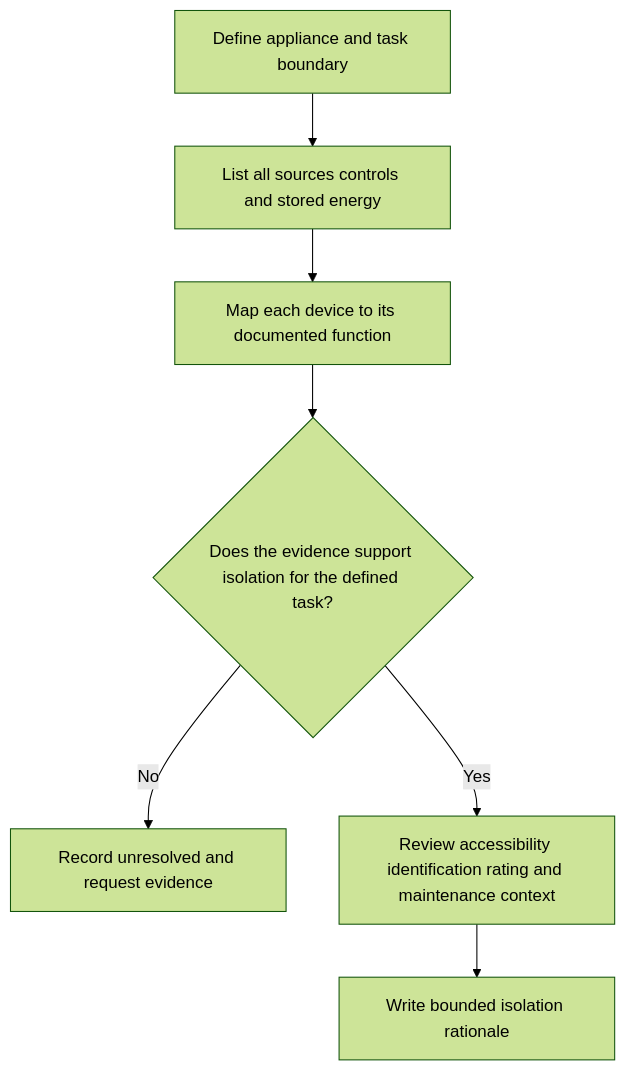
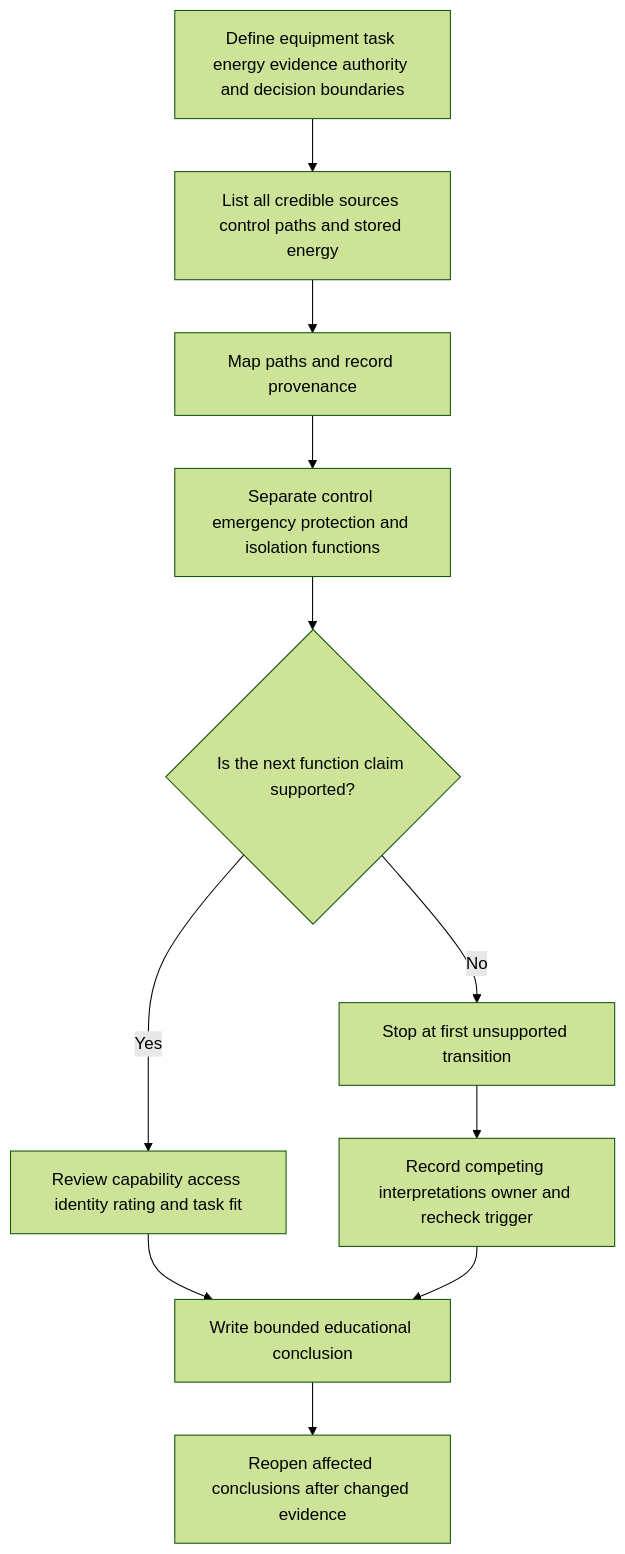
One commit to andrew3stedall/capstone changed the first of 2 diagrams in docs/learning-plans/12-week/modules/day-46-fixed-appliances-and-local-isolation-reasoning.md. Above: the diagram before and after it, drawn with Mermaid (forest theme). The commit also changed other lines of this file and 3 other files, not shown here.

Commit message:
Improve Day 46 fixed-appliance isolation module

````diff
--- a/docs/learning-plans/12-week/modules/day-46-fixed-appliances-and-local-isolation-reasoning.md
+++ b/docs/learning-plans/12-week/modules/day-46-fixed-appliances-and-local-isolation-reasoning.md
@@ -60,9 +103,13 @@
 ```mermaid
 flowchart TD
- A[Define appliance and task boundary] --> B[List all sources controls and stored energy]
- B --> C[Map each device to its documented function]
- C --> D{Does the evidence support isolation for the defined task?}
- D -->|No| E[Record unresolved and request evidence]
- D -->|Yes| F[Review accessibility identification rating and maintenance context]
- F --> G[Write bounded isolation rationale]
+    A[Define equipment task energy evidence authority and decision boundaries] --> B[List all credible sources control paths and stored energy]
+    B --> C[Map paths and record provenance]
+    C --> D[Separate control emergency protection and isolation functions]
+    D --> E{Is the next function claim supported?}
+    E -->|No| F[Stop at first unsupported transition]
+    F --> G[Record competing interpretations owner and recheck trigger]
+    E -->|Yes| H[Review capability access identity rating and task fit]
+    H --> I[Write bounded educational conclusion]
+    G --> I
+    I --> J[Reopen affected conclusions after changed evidence]
 ```
````
